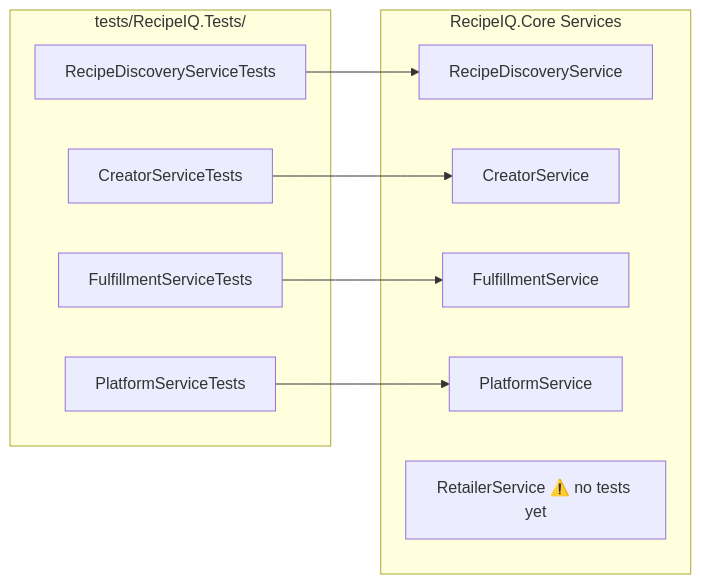
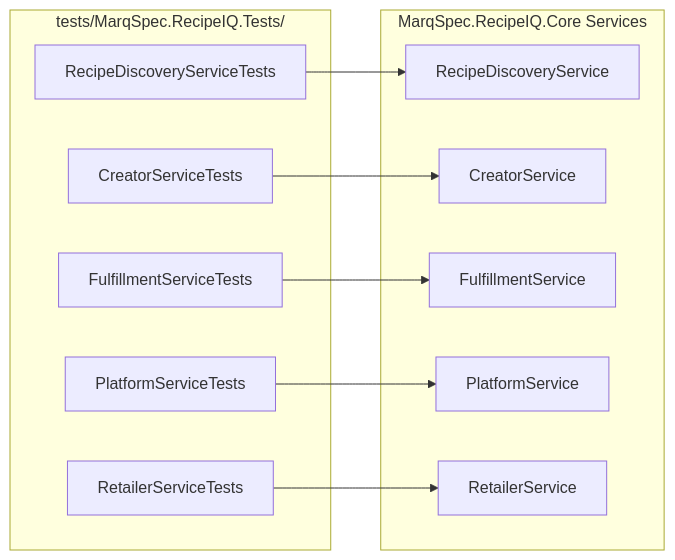
The diagram in .org/qa/CLAUDE.md (adammarquette/RecipeIQ), drawn with Mermaid before and after one commit. The commit also changed other lines of this file and 53 other files, not shown here.

````diff
--- a/.org/qa/CLAUDE.md
+++ b/.org/qa/CLAUDE.md
@@ -40,22 +40,24 @@
 ```mermaid
 graph LR
-    subgraph Tests["tests/RecipeIQ.Tests/"]
+    subgraph Tests["tests/MarqSpec.RecipeIQ.Tests/"]
         RDT[RecipeDiscoveryServiceTests]
         CT[CreatorServiceTests]
         FT[FulfillmentServiceTests]
         PT[PlatformServiceTests]
+        RT[RetailerServiceTests]
     end
 
-    subgraph Services["RecipeIQ.Core Services"]
+    subgraph Services["MarqSpec.RecipeIQ.Core Services"]
         RDS[RecipeDiscoveryService]
         CS[CreatorService]
         FS[FulfillmentService]
         PS[PlatformService]
-        RS[RetailerService ⚠️ no tests yet]
+        RS[RetailerService]
     end
 
     RDT --> RDS
     CT --> CS
     FT --> FS
     PT --> PS
+    RT --> RS
 ```
````
